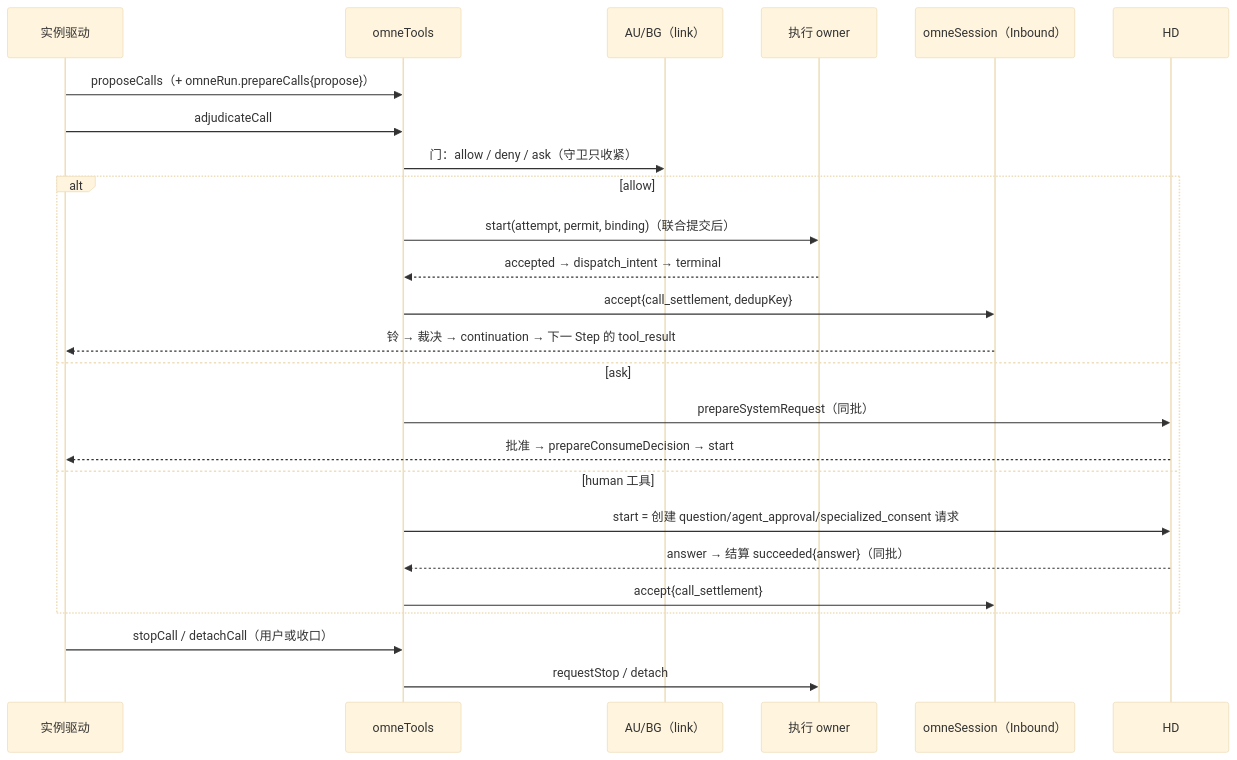
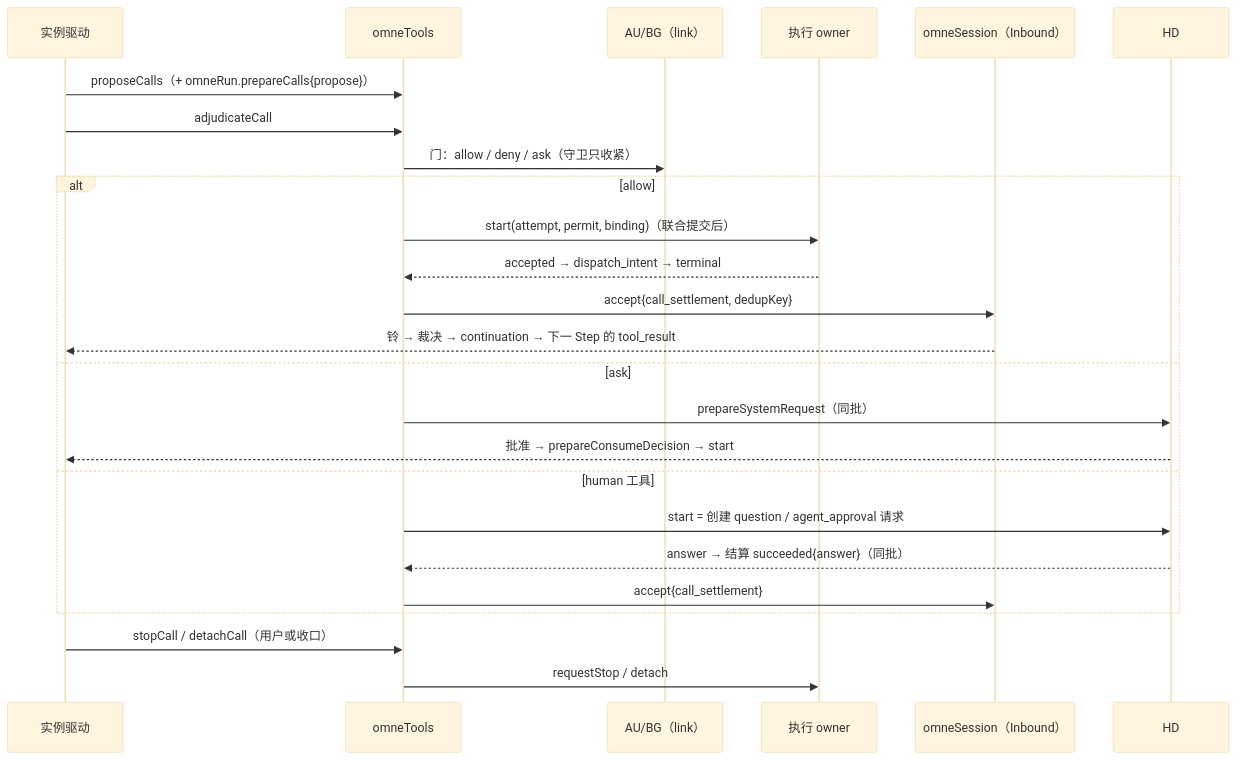
Before and after one commit to nemori-ai/omne-harness-lite: the second of 2 diagrams in docs/proposals/tool-execution/cordis.md, drawn with Mermaid (base theme). The commit also changed other lines of this file and 18 other files, not shown here.

````diff
--- a/docs/proposals/tool-execution/cordis.md
+++ b/docs/proposals/tool-execution/cordis.md
@@ -93,27 +93,27 @@
 ```mermaid
 sequenceDiagram
     participant D as 实例驱动
     participant T as omneTools
     participant A as AU/BG（link）
     participant O as 执行 owner
     participant S as omneSession（Inbound）
     participant H as HD
     D->>T: proposeCalls（+ omneRun.prepareCalls{propose}）
     D->>T: adjudicateCall
     T->>A: 门：allow / deny / ask（守卫只收紧）
     alt allow
         T->>O: start(attempt, permit, binding)（联合提交后）
         O-->>T: accepted → dispatch_intent → terminal
         T->>S: accept{call_settlement, dedupKey}
         S-->>D: 铃 → 裁决 → continuation → 下一 Step 的 tool_result
     else ask
         T->>H: prepareSystemRequest（同批）
         H-->>D: 批准 → prepareConsumeDecision → start
     else human 工具
-        T->>H: start = 创建 question/agent_approval/specialized_consent 请求
+        T->>H: start = 创建 question / agent_approval 请求
         H-->>T: answer → 结算 succeeded{answer}（同批）
         T->>S: accept{call_settlement}
     end
     D->>T: stopCall / detachCall（用户或收口）
     T->>O: requestStop / detach
 ```
````
